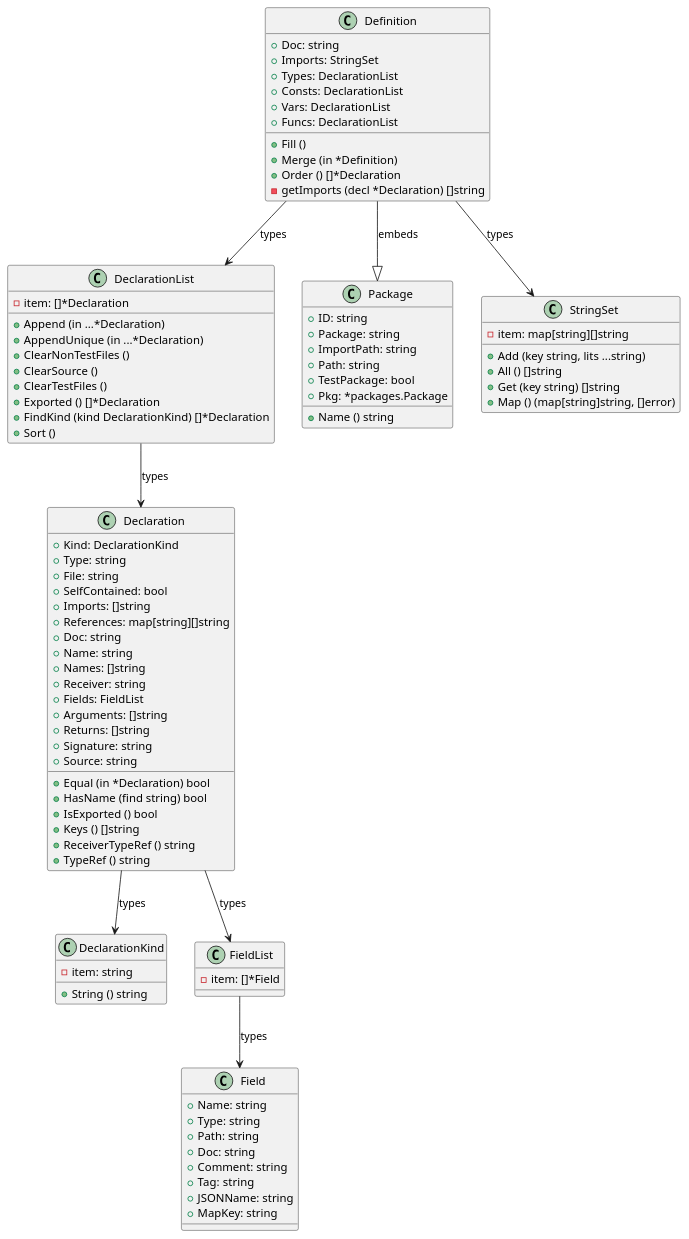
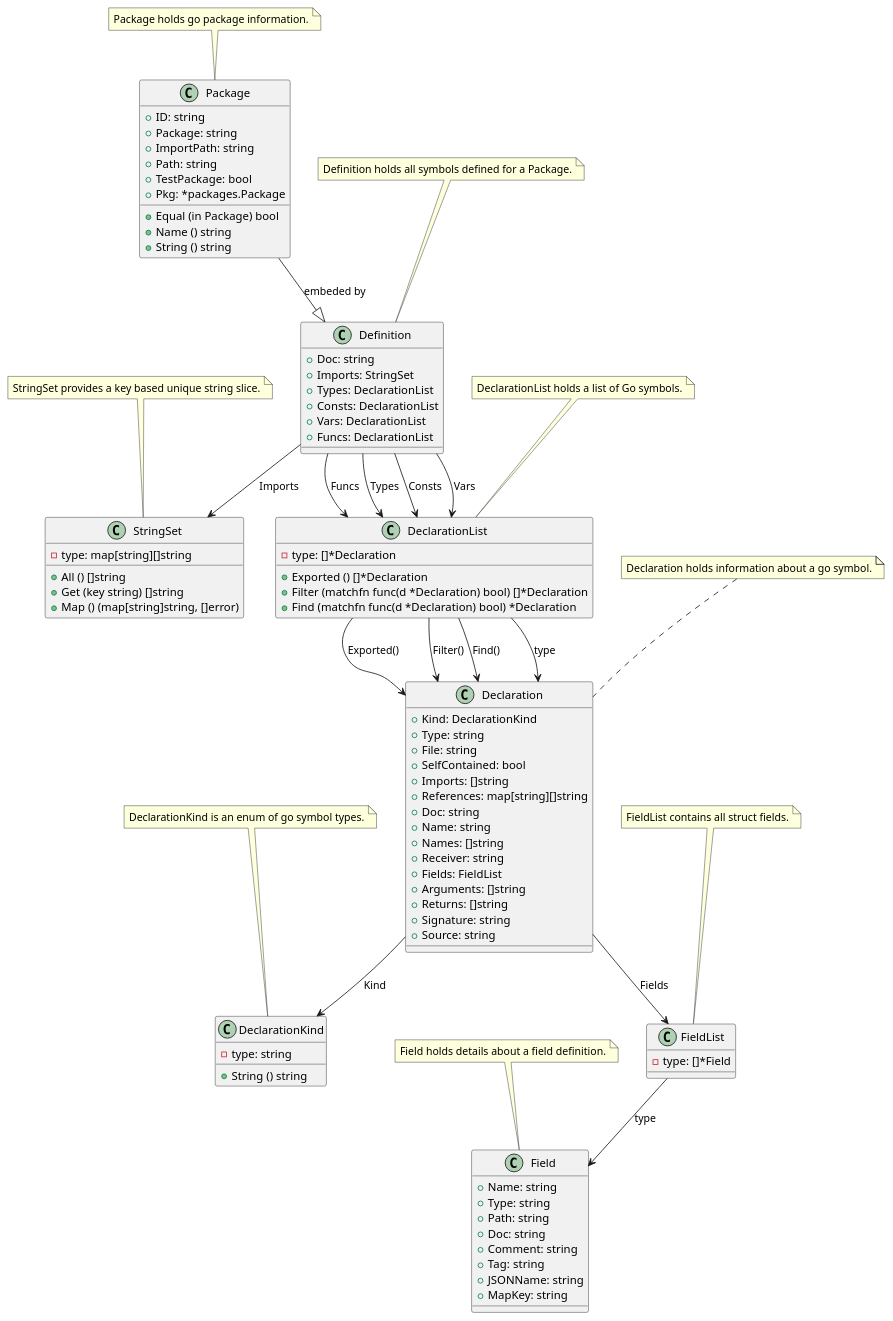
One commit to titpetric/exp changed the diagram in cmd/go-fsck/model/restored/go-fsck.puml. Above: the diagram before and after it, drawn with PlantUML. The commit also changed 29 other files, not shown here.

Commit message:
go-fsck: improvements to plantuml outputs

```diff
--- a/cmd/go-fsck/model/restored/go-fsck.puml
+++ b/cmd/go-fsck/model/restored/go-fsck.puml
@@ -1,98 +1,138 @@
 @startuml
 
 class Declaration {
   + Kind: DeclarationKind
   + Type: string
   + File: string
   + SelfContained: bool
   + Imports: []string
   + References: map[string][]string
   + Doc: string
   + Name: string
   + Names: []string
   + Receiver: string
   + Fields: FieldList
   + Arguments: []string
   + Returns: []string
   + Signature: string
   + Source: string
-  + Equal (in *Declaration) bool
-  + HasName (find string) bool
-  + IsExported () bool
-  + Keys () []string
-  + ReceiverTypeRef () string
-  + TypeRef () string
 }
 
 class DeclarationKind {
-  - item: string
+  - type: string
   + String () string
 }
 
 class DeclarationList {
-  - item: []*Declaration
-  + Append (in ...*Declaration)
-  + AppendUnique (in ...*Declaration)
-  + ClearNonTestFiles ()
-  + ClearSource ()
-  + ClearTestFiles ()
+  - type: []*Declaration
   + Exported () []*Declaration
-  + FindKind (kind DeclarationKind) []*Declaration
-  + Sort ()
+  + Filter (matchfn func(d *Declaration) bool) []*Declaration
+  + Find (matchfn func(d *Declaration) bool) *Declaration
 }
 
 class Definition {
   + Doc: string
   + Imports: StringSet
   + Types: DeclarationList
   + Consts: DeclarationList
   + Vars: DeclarationList
   + Funcs: DeclarationList
-  + Fill ()
-  + Merge (in *Definition)
-  + Order () []*Declaration
-  - getImports (decl *Declaration) []string
 }
 
 class Field {
   + Name: string
   + Type: string
   + Path: string
   + Doc: string
   + Comment: string
   + Tag: string
   + JSONName: string
   + MapKey: string
 }
 
 class FieldList {
-  - item: []*Field
+  - type: []*Field
 }
 
 class Package {
   + ID: string
   + Package: string
   + ImportPath: string
   + Path: string
   + TestPackage: bool
   + Pkg: *packages.Package
+  + Equal (in Package) bool
   + Name () string
+  + String () string
 }
 
 class StringSet {
-  - item: map[string][]string
-  + Add (key string, lits ...string)
+  - type: map[string][]string
   + All () []string
   + Get (key string) []string
   + Map () (map[string]string, []error)
 }
 
-Declaration --> DeclarationKind : types
-Declaration --> FieldList : types
-DeclarationList --> Declaration : types
-Definition --|> Package : embeds
-Definition --> StringSet : types
-Definition --> DeclarationList : types
-FieldList --> Field : types
+Declaration --> DeclarationKind : Kind
+Declaration --> FieldList : Fields
+
+note top of Declaration
+Declaration holds information about a go symbol.
+end note
+
+
+
+note top of DeclarationKind
+DeclarationKind is an enum of go symbol types.
+end note
+
+
+DeclarationList --> Declaration : type
+
+note top of DeclarationList
+DeclarationList holds a list of Go symbols.
+end note
+
+
+DeclarationList --> Declaration : Exported()
+DeclarationList --> Declaration : Filter()
+DeclarationList --> Declaration : Find()
+Package --|> Definition : embeded by
+Definition --> StringSet : Imports
+Definition --> DeclarationList : Types
+Definition --> DeclarationList : Consts
+Definition --> DeclarationList : Vars
+Definition --> DeclarationList : Funcs
+
+note top of Definition
+Definition holds all symbols defined for a Package.
+end note
+
+
+
+note top of Field
+Field holds details about a field definition.
+end note
+
+
+FieldList --> Field : type
+
+note top of FieldList
+FieldList contains all struct fields.
+end note
+
+
+
+note top of Package
+Package holds go package information.
+end note
+
+
+
+note top of StringSet
+StringSet provides a key based unique string slice.
+end note
+
+
 
 @enduml
```
